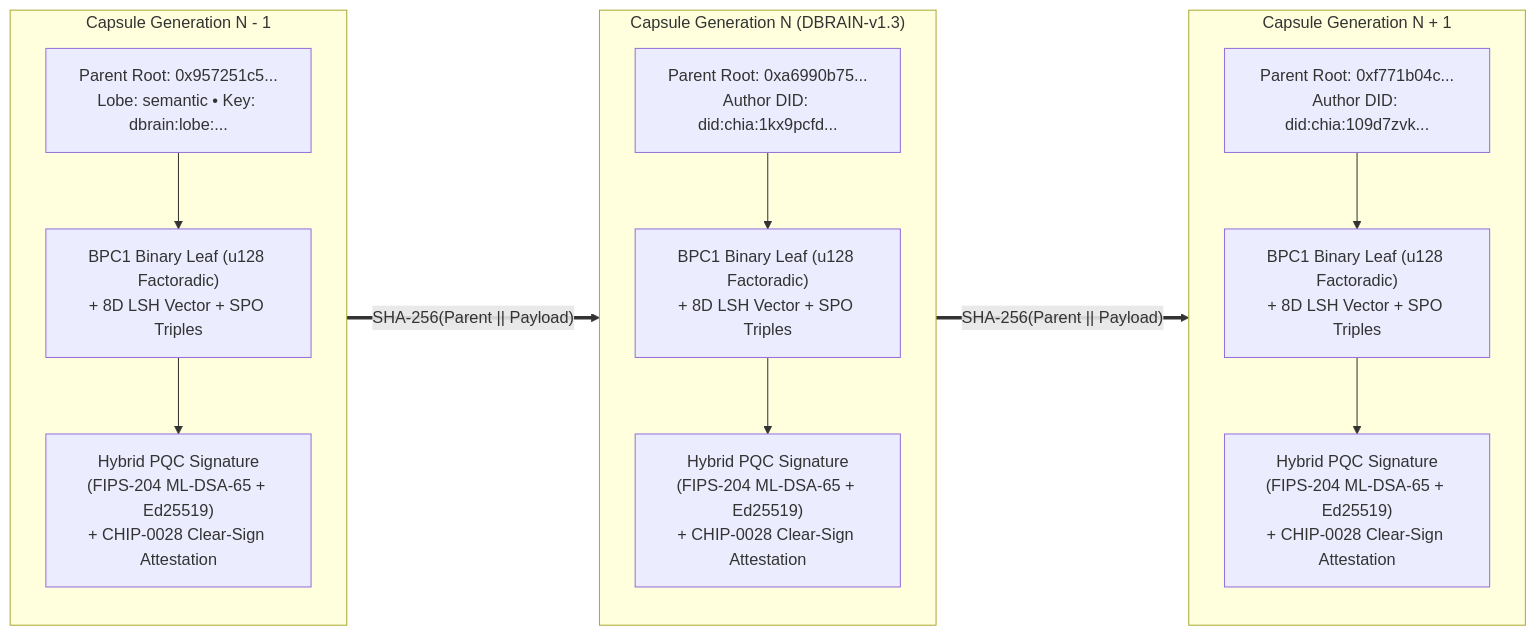
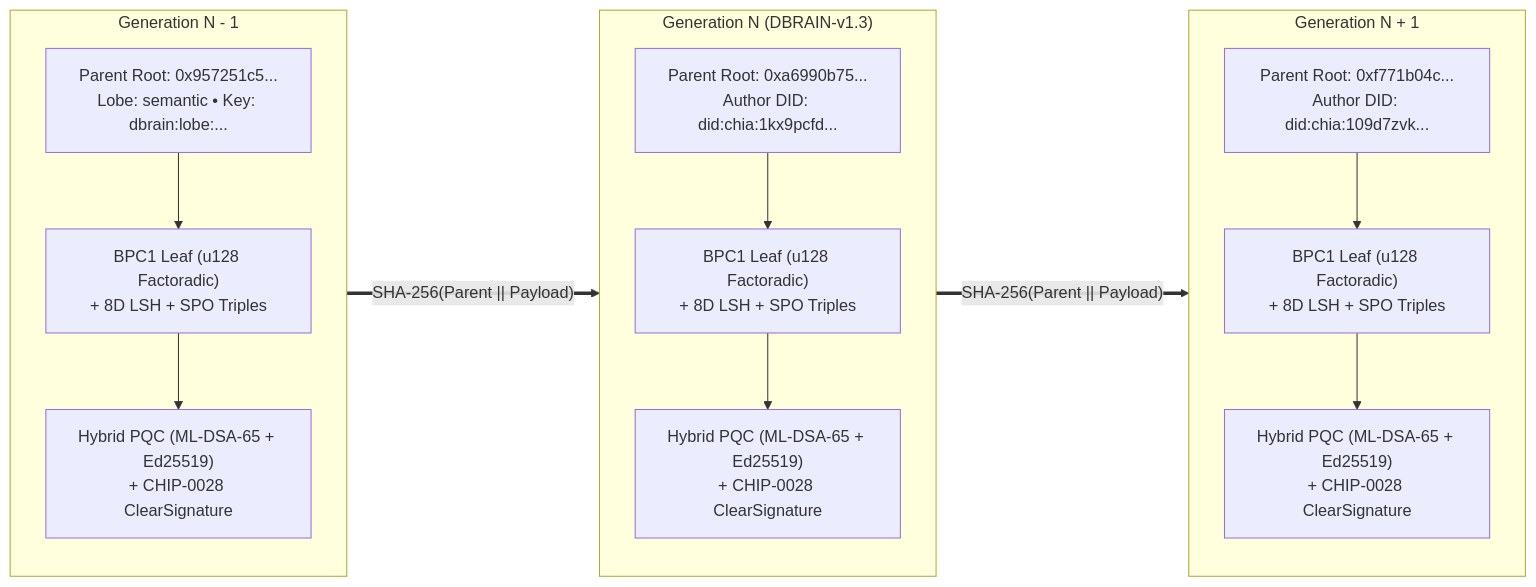
One commit to dcarrith/dbrain changed the first of 4 diagrams in WHITEPAPER.md. Above: the diagram before and after it, drawn with Mermaid. The commit also changed other lines of this file, not shown here.

````diff
--- a/WHITEPAPER.md
+++ b/WHITEPAPER.md
@@ -70,29 +60,29 @@
 ```mermaid
 flowchart LR
-  subgraph GenN1["Capsule Generation N - 1"]
+  subgraph GenN1["Generation N - 1"]
     direction TB
     H0["Parent Root: 0x957251c5...<br/>Lobe: semantic • Key: dbrain:lobe:..."]
-    B0["BPC1 Binary Leaf (u128 Factoradic)<br/>+ 8D LSH Vector + SPO Triples"]
-    S0["Hybrid PQC Signature<br/>(FIPS-204 ML-DSA-65 + Ed25519)<br/>+ CHIP-0028 Clear-Sign Attestation"]
+    B0["BPC1 Leaf (u128 Factoradic)<br/>+ 8D LSH + SPO Triples"]
+    S0["Hybrid PQC (ML-DSA-65 + Ed25519)<br/>+ CHIP-0028 ClearSignature"]
     H0 --> B0 --> S0
   end
 
-  subgraph GenN["Capsule Generation N (DBRAIN-v1.3)"]
+  subgraph GenN["Generation N (DBRAIN-v1.3)"]
     direction TB
     H1["Parent Root: 0xa6990b75...<br/>Author DID: did:chia:1kx9pcfd..."]
-    B1["BPC1 Binary Leaf (u128 Factoradic)<br/>+ 8D LSH Vector + SPO Triples"]
-    S1["Hybrid PQC Signature<br/>(FIPS-204 ML-DSA-65 + Ed25519)<br/>+ CHIP-0028 Clear-Sign Attestation"]
+    B1["BPC1 Leaf (u128 Factoradic)<br/>+ 8D LSH + SPO Triples"]
+    S1["Hybrid PQC (ML-DSA-65 + Ed25519)<br/>+ CHIP-0028 ClearSignature"]
     H1 --> B1 --> S1
   end
 
-  subgraph GenN2["Capsule Generation N + 1"]
+  subgraph GenN2["Generation N + 1"]
     direction TB
     H2["Parent Root: 0xf771b04c...<br/>Author DID: did:chia:109d7zvk..."]
-    B2["BPC1 Binary Leaf (u128 Factoradic)<br/>+ 8D LSH Vector + SPO Triples"]
-    S2["Hybrid PQC Signature<br/>(FIPS-204 ML-DSA-65 + Ed25519)<br/>+ CHIP-0028 Clear-Sign Attestation"]
+    B2["BPC1 Leaf (u128 Factoradic)<br/>+ 8D LSH + SPO Triples"]
+    S2["Hybrid PQC (ML-DSA-65 + Ed25519)<br/>+ CHIP-0028 ClearSignature"]
     H2 --> B2 --> S2
   end
 
   S0 ==>|"SHA-256(Parent || Payload)"| H1
   S1 ==>|"SHA-256(Parent || Payload)"| H2
 ```
````
